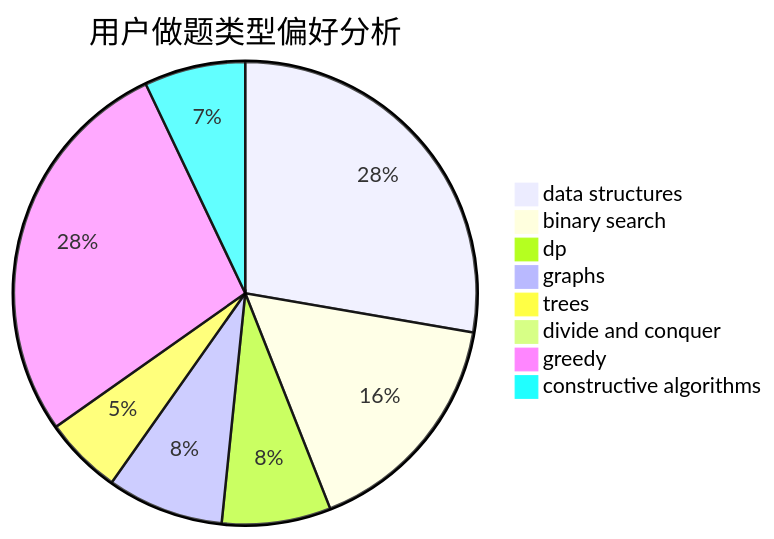
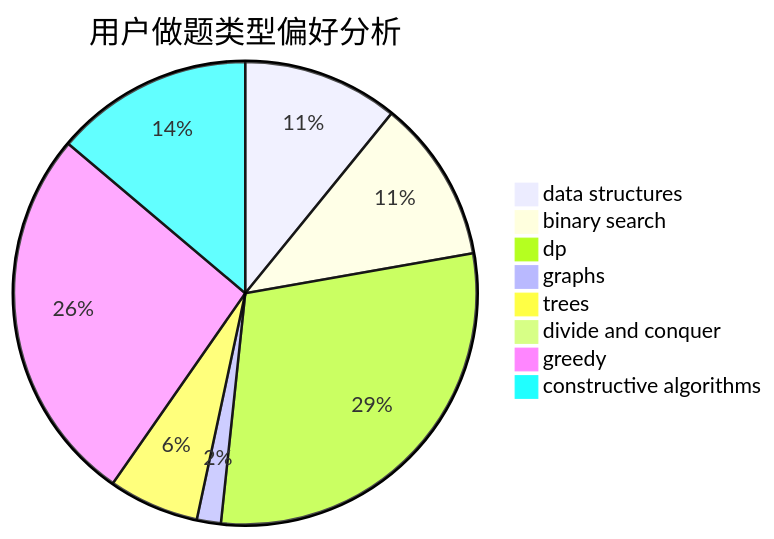
One commit to sherpahu/cfrs.github.io changed the second of 3 diagrams in docs/user/u1357.md. Above: the diagram before and after it, drawn with Mermaid. The commit also changed other lines of this file and 2770 other files, not shown here.

````diff
--- a/docs/user/u1357.md
+++ b/docs/user/u1357.md
@@ -23,11 +23,11 @@
 ```mermaid
 pie title 用户做题类型偏好分析
-    "data structures" :  51
-    "binary search" :  30
-    "dp" :  14
-    "graphs" :  15
-    "trees" :  10
+    "data structures" :  110
+    "binary search" :  115
+    "dp" :  298
+    "graphs" :  17
+    "trees" :  64
     "divide and conquer" :  0
-    "greedy" :  51
-    "constructive algorithms" :  13
+    "greedy" :  268
+    "constructive algorithms" :  140
 ```
````
